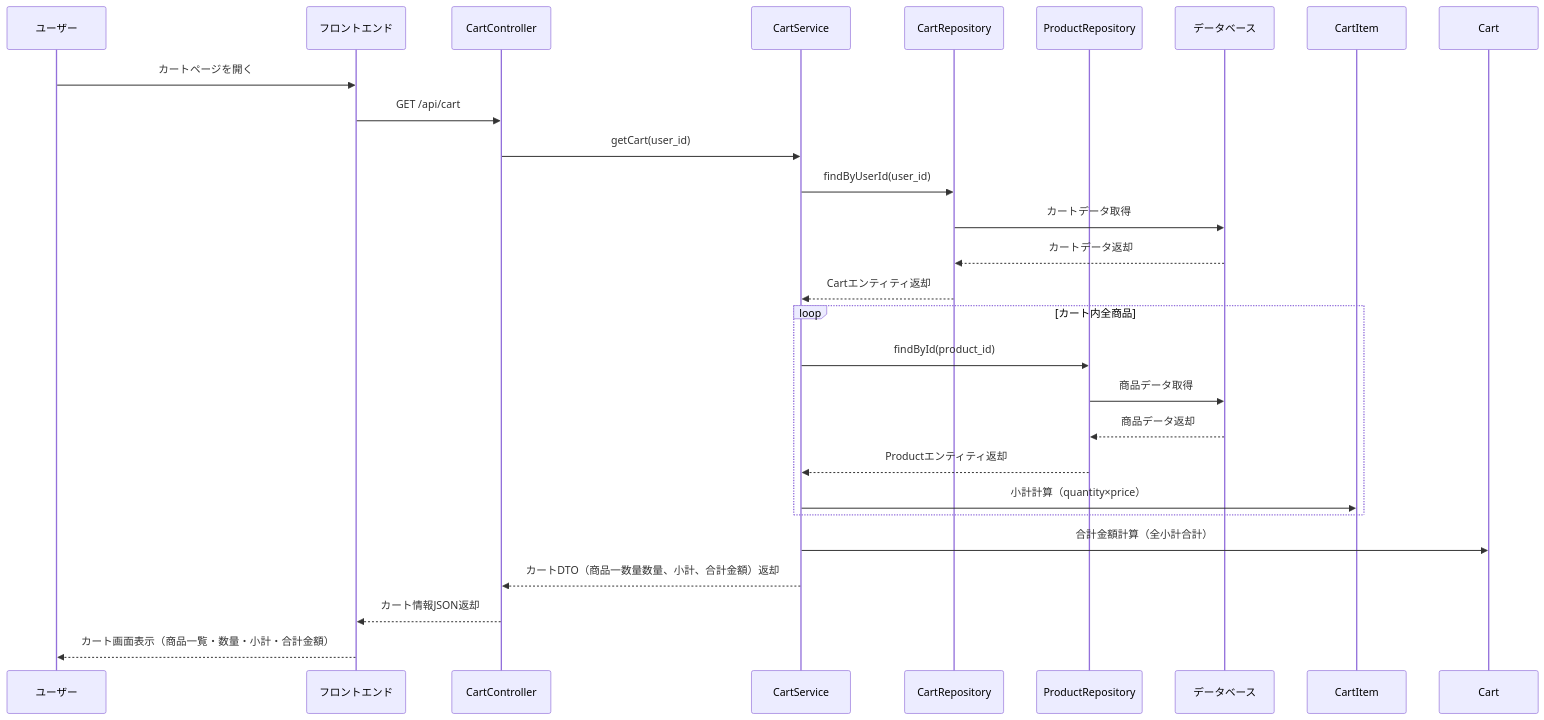
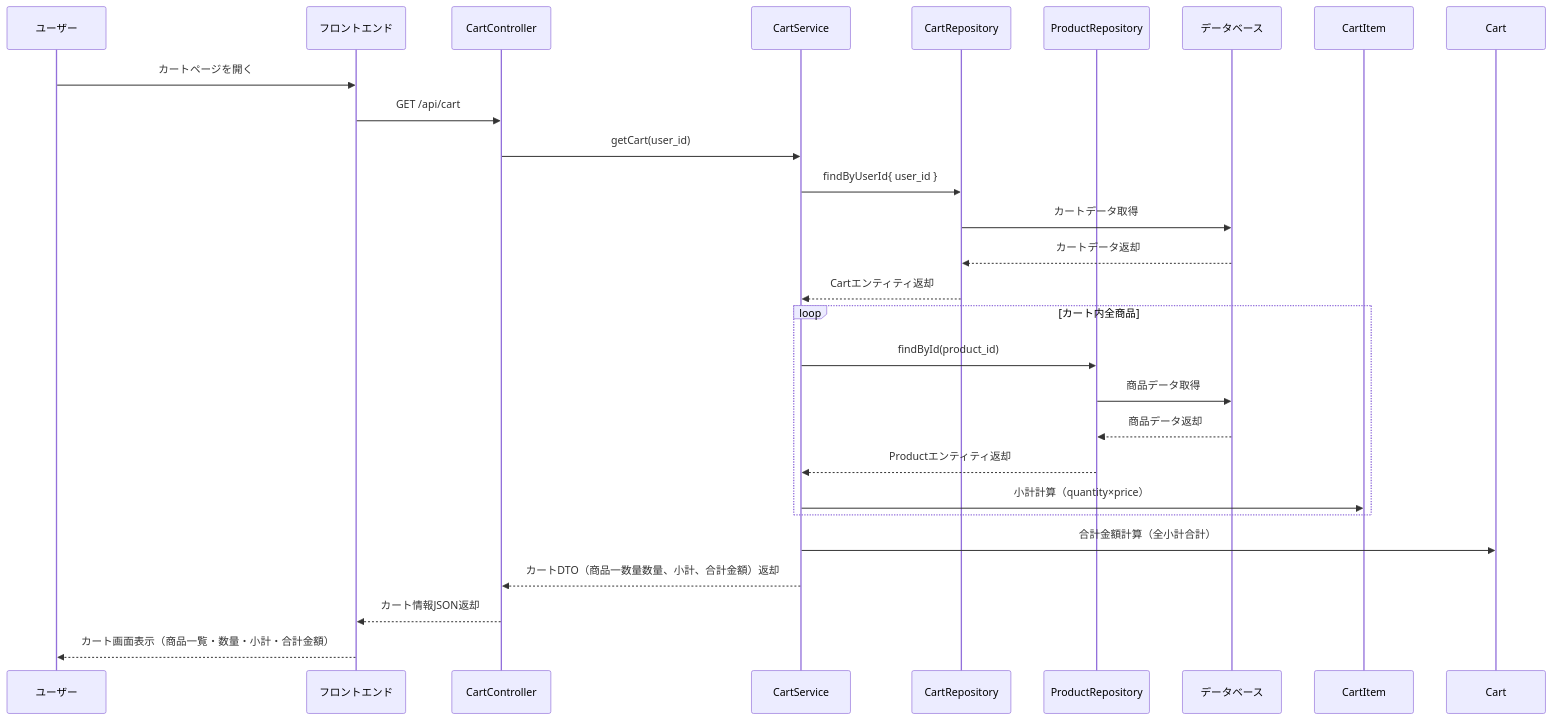
The seventh of 36 diagrams in 詳細設計/提出用/詳細設計書.md (Aoi-Yaegashi/teamF), drawn with Mermaid before and after one commit. The commit also changed other lines of this file, not shown here.

```diff
--- a/詳細設計/提出用/詳細設計書.md
+++ b/詳細設計/提出用/詳細設計書.md
@@ -569,29 +569,29 @@
 <div class="mermaid">
 sequenceDiagram
     participant User as ユーザー
     participant Browser as フロントエンド
     participant CartController as CartController
     participant CartService as CartService
     participant CartRepo as CartRepository
     participant ProductRepo as ProductRepository
     participant DB as データベース
 
     User->>Browser: カートページを開く
     Browser->>CartController: GET /api/cart
     CartController->>CartService: getCart(user_id)
-    CartService->>CartRepo: findByUserId(user_id)
+    CartService->>CartRepo: findByUserId{ user_id }
     CartRepo->>DB: カートデータ取得
     DB-->>CartRepo: カートデータ返却
     CartRepo-->>CartService: Cartエンティティ返却
     loop カート内全商品
         CartService->>ProductRepo: findById(product_id)
         ProductRepo->>DB: 商品データ取得
         DB-->>ProductRepo: 商品データ返却
         ProductRepo-->>CartService: Productエンティティ返却
         CartService->>CartItem: 小計計算（quantity×price）
     end
     CartService->>Cart: 合計金額計算（全小計合計）
     CartService-->>CartController: カートDTO（商品一数量数量、小計、合計金額）返却
     CartController-->>Browser: カート情報JSON返却
     Browser-->>User: カート画面表示（商品一覧・数量・小計・合計金額）
 </div>
```
